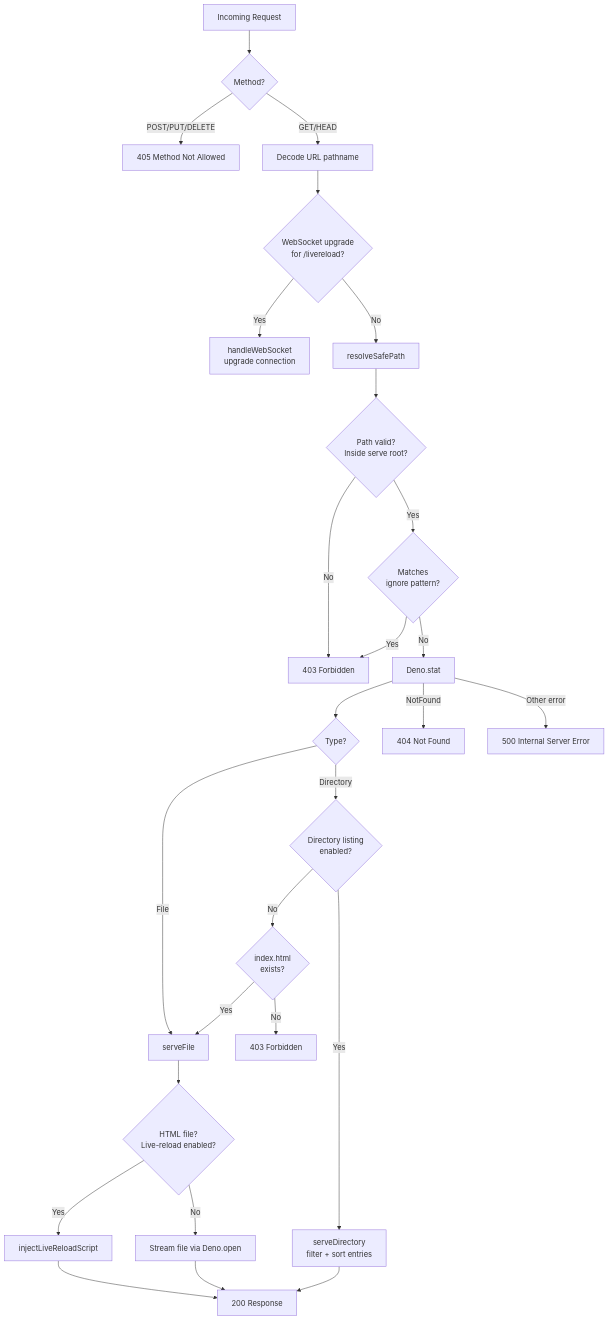
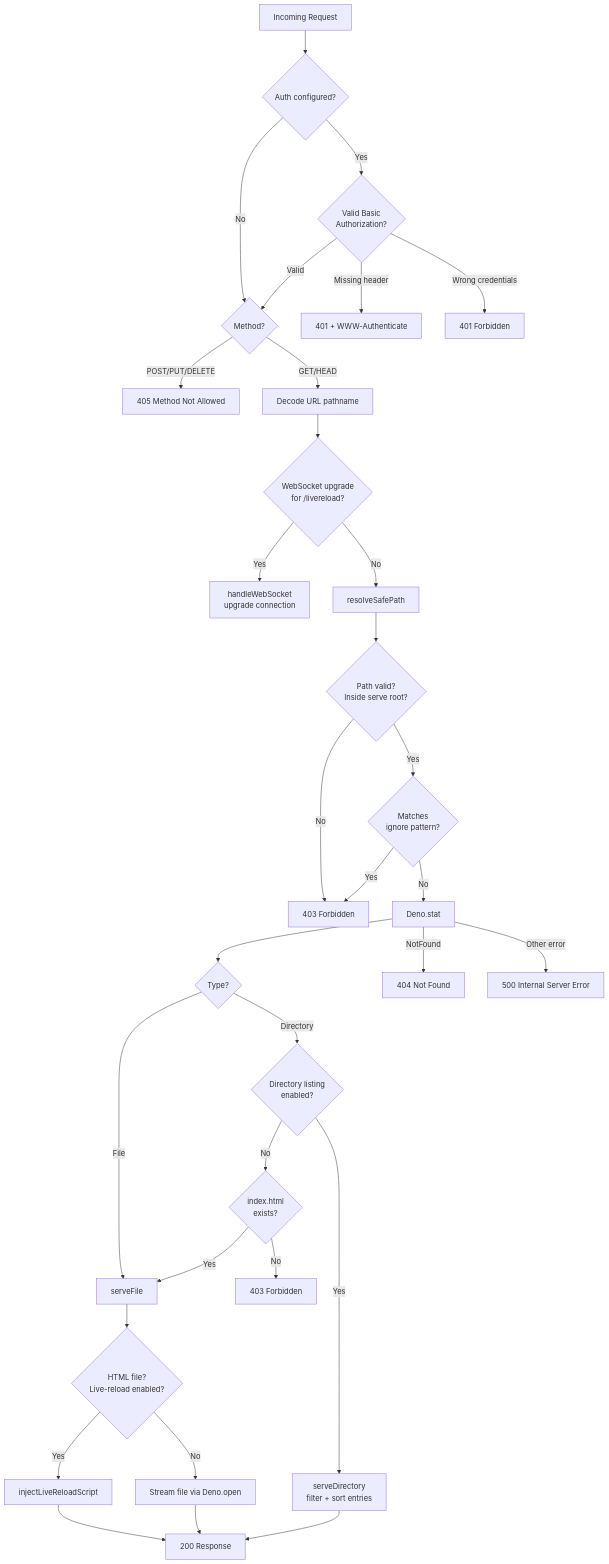
The third of 7 diagrams in docs/architecture.md (MetalbolicX/httpath), drawn with Mermaid before and after one commit. The commit also changed other lines of this file and 11 other files, not shown here.

First line of the commit message:
docs: update README and architecture docs for Basic Auth

````diff
--- a/docs/architecture.md
+++ b/docs/architecture.md
@@ -133,37 +137,44 @@
 ```mermaid
 flowchart TD
-    A[Incoming Request] --> B{Method?}
+    A[Incoming Request] --> AA{Auth configured?}
+    AA -->|No| B{Method?}
+    AA -->|Yes| AB{Valid Basic<br>Authorization?}
+    AB -->|Missing header| AC[401 + WWW-Authenticate]
+    AB -->|Wrong credentials| AD[401 Forbidden]
+
+    AB -->|Valid| B
+
     B -->|POST/PUT/DELETE| C[405 Method Not Allowed]
     B -->|GET/HEAD| D[Decode URL pathname]
 
     D --> E{WebSocket upgrade<br>for /livereload?}
     E -->|Yes| F[handleWebSocket<br>upgrade connection]
     E -->|No| G[resolveSafePath]
 
     G --> H{Path valid?<br>Inside serve root?}
     H -->|No| I[403 Forbidden]
     H -->|Yes| J{Matches<br>ignore pattern?}
     J -->|Yes| I
     J -->|No| K[Deno.stat]
 
     K --> L{Type?}
     L -->|File| M[serveFile]
     L -->|Directory| N{Directory listing<br>enabled?}
 
     N -->|Yes| O[serveDirectory<br>filter + sort entries]
     N -->|No| P{index.html<br>exists?}
 
     P -->|Yes| M
     P -->|No| Q[403 Forbidden]
 
     M --> R{HTML file?<br>Live-reload enabled?}
     R -->|Yes| S[injectLiveReloadScript]
     R -->|No| T[Stream file via Deno.open]
 
     S --> U[200 Response]
     T --> U
     O --> U
 
     K -->|NotFound| V[404 Not Found]
     K -->|Other error| W[500 Internal Server Error]
 ```
````
